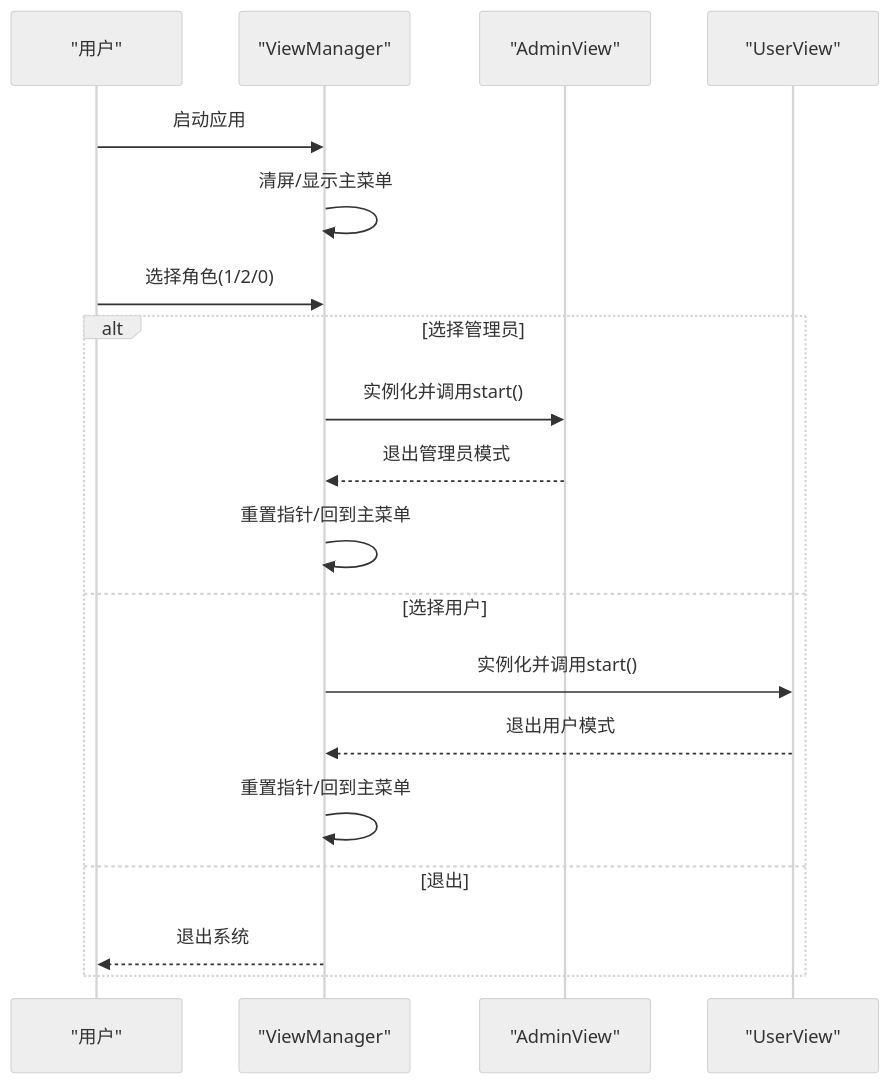
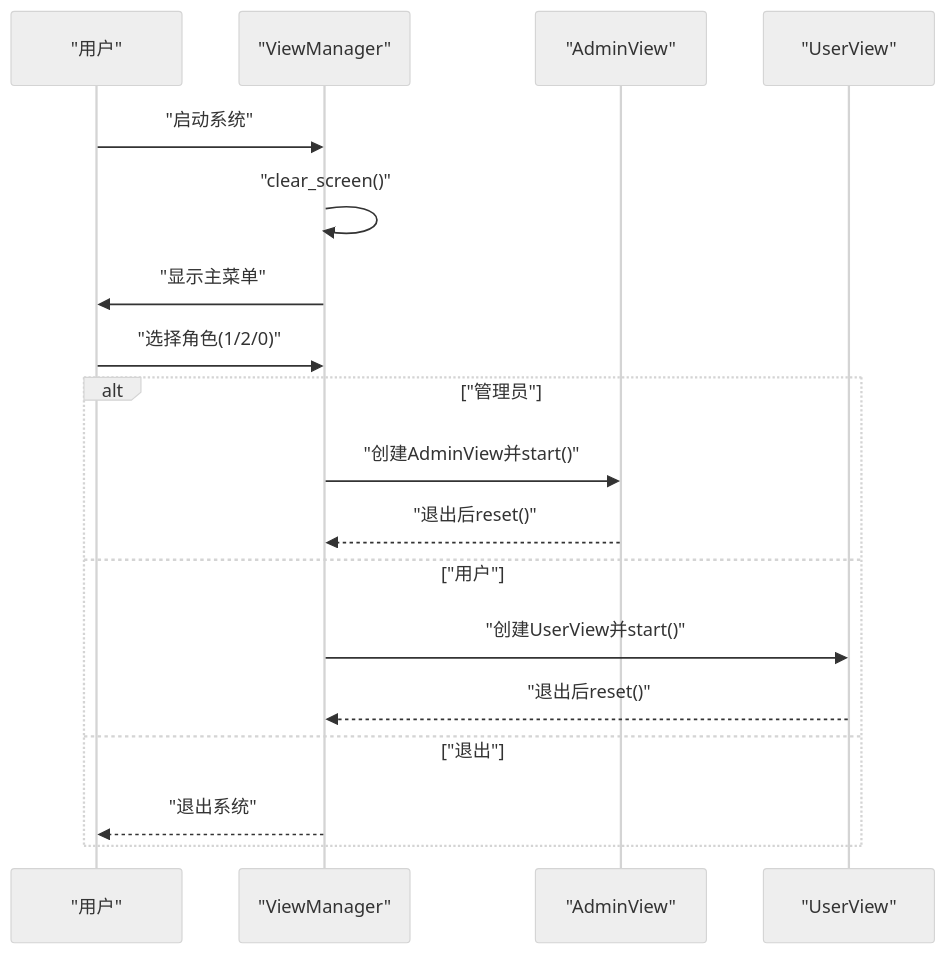
Before and after one commit to jinpeng900/OJ-Test: the third of 7 diagrams in .qoder/repowiki/zh/content/系统架构设计/系统架构设计.md, drawn with Mermaid (neutral theme). The commit also changed other lines of this file and 147 other files, not shown here.

````diff
--- a/.qoder/repowiki/zh/content/系统架构设计/系统架构设计.md
+++ b/.qoder/repowiki/zh/content/系统架构设计/系统架构设计.md
@@ -157,21 +206,20 @@
 ```mermaid
 sequenceDiagram
 participant U as "用户"
 participant VM as "ViewManager"
 participant AV as "AdminView"
 participant UV as "UserView"
-U->>VM : 启动应用
-VM->>VM : 清屏/显示主菜单
-U->>VM : 选择角色(1/2/0)
-alt 选择管理员
-VM->>AV : 实例化并调用start()
-AV-->>VM : 退出管理员模式
-VM->>VM : 重置指针/回到主菜单
-else 选择用户
-VM->>UV : 实例化并调用start()
-UV-->>VM : 退出用户模式
-VM->>VM : 重置指针/回到主菜单
-else 退出
-VM-->>U : 退出系统
+U->>VM : "启动系统"
+VM->>VM : "clear_screen()"
+VM->>U : "显示主菜单"
+U->>VM : "选择角色(1/2/0)"
+alt "管理员"
+VM->>AV : "创建AdminView并start()"
+AV-->>VM : "退出后reset()"
+else "用户"
+VM->>UV : "创建UserView并start()"
+UV-->>VM : "退出后reset()"
+else "退出"
+VM-->>U : "退出系统"
 end
 ```
````
